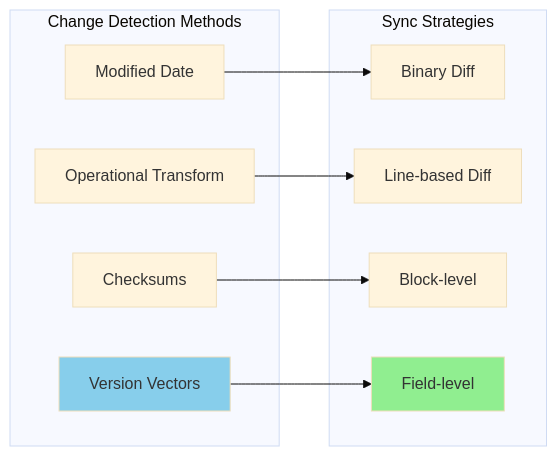
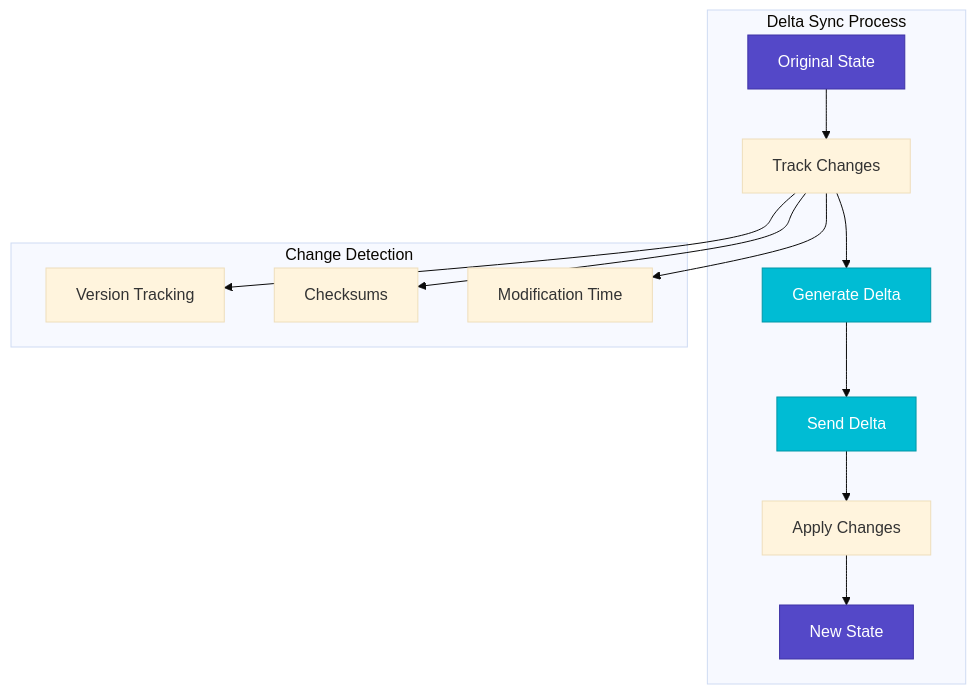
One commit to deepaucksharma/DStudio changed the second of 6 diagrams in docs/pattern-library/data-management/delta-sync.md. Above: the diagram before and after it, drawn with Mermaid (base theme). The commit also changed other lines of this file and 23 other files, not shown here.

````diff
--- a/docs/pattern-library/data-management/delta-sync.md
+++ b/docs/pattern-library/data-management/delta-sync.md
@@ -109,24 +114,26 @@
 ```mermaid
-graph LR
-    subgraph "Change Detection Methods"
-        MD[Modified Date]
-        CS[Checksums]
-        VV[Version Vectors]
-        OT[Operational Transform]
+graph TB
+    subgraph "Delta Sync Process"
+        O[Original State] --> T[Track Changes]
+        T --> D[Generate Delta]
+        D --> S[Send Delta]
+        S --> A[Apply Changes]
+        A --> N[New State]
     end
     
-    subgraph "Sync Strategies"
-        BS[Binary Diff]
-        LS[Line-based Diff]
-        BL[Block-level]
-        FL[Field-level]
+    subgraph "Change Detection"
+        V[Version Tracking]
+        C[Checksums]
+        M[Modification Time]
     end
     
-    MD --> BS
-    CS --> BL
-    VV --> FL
-    OT --> LS
+    T --> V
+    T --> C
+    T --> M
     
-    style VV fill:#87CEEB
-    style FL fill:#90EE90
+    classDef primary fill:#5448C8,stroke:#3f33a6,color:#fff
+    classDef secondary fill:#00BCD4,stroke:#0097a7,color:#fff
+    
+    class O,N primary
+    class D,S secondary
 ```
````
